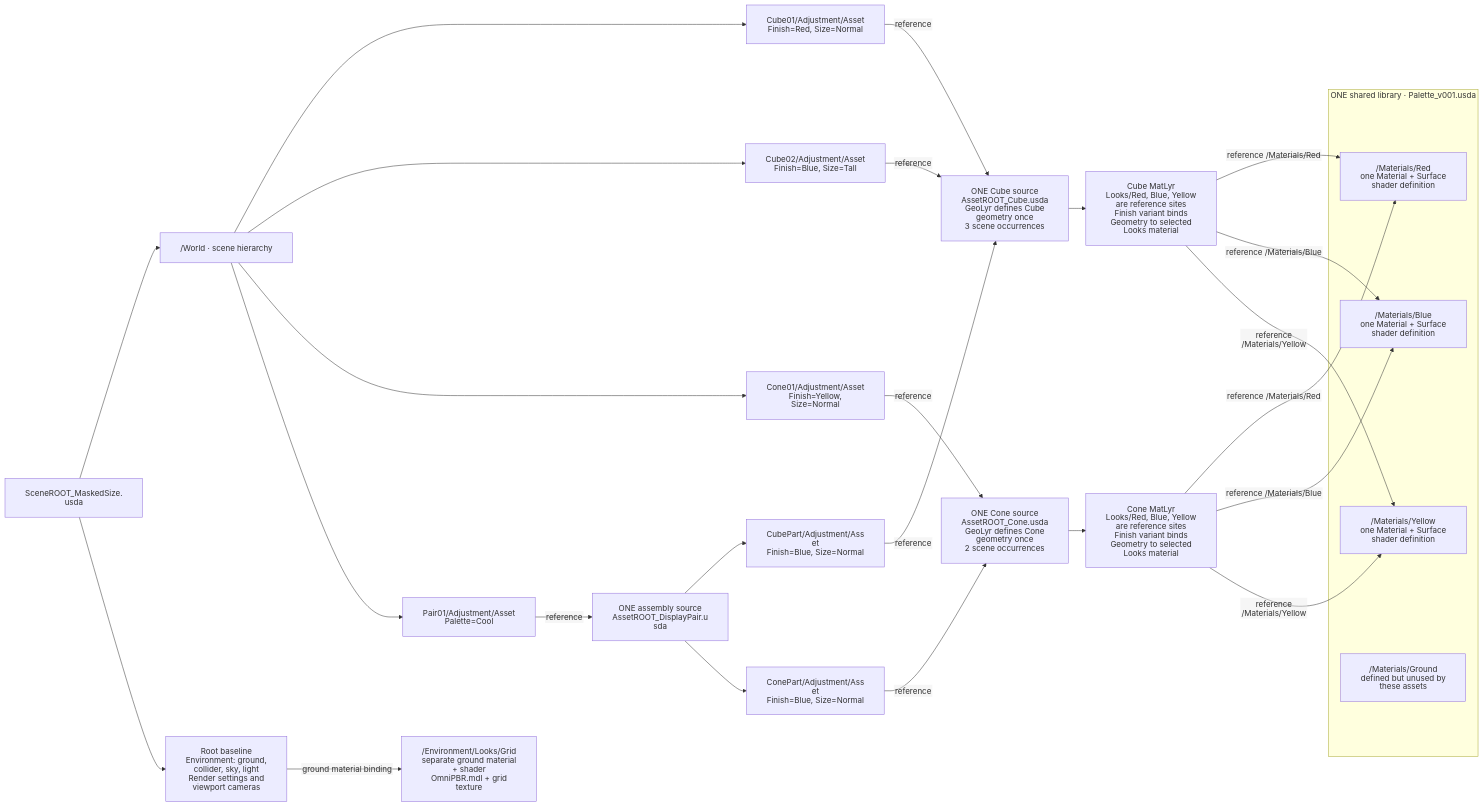
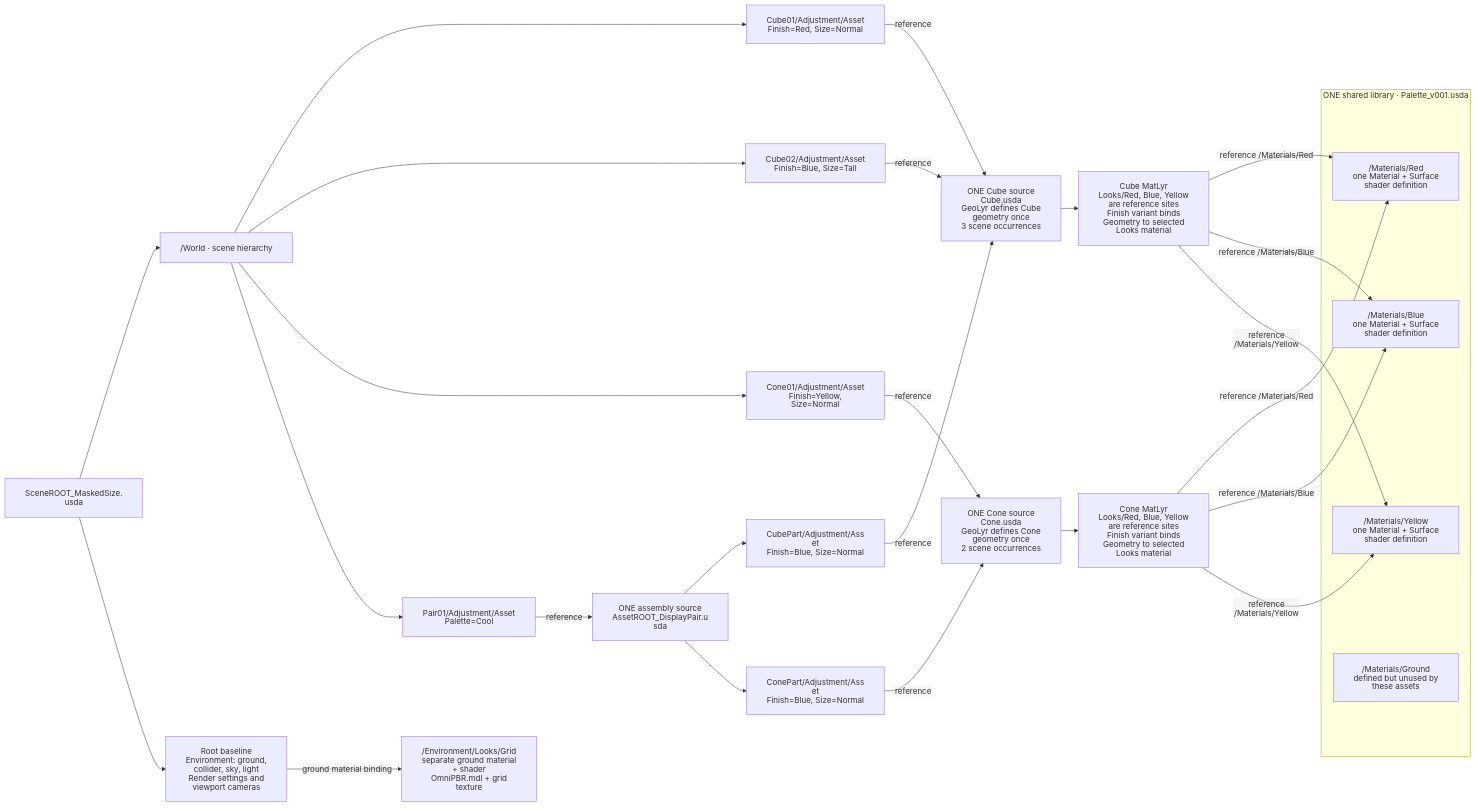
The diagram in examples/01_LayeredScene/diagrams/SceneROOT_MaskedSize_reuse.mmd (jph2/OpenUSD_GoodStart_CompositionContract), drawn with Mermaid before and after one commit. The commit also changed 46 other files, not shown here.

```diff
--- a/examples/01_LayeredScene/diagrams/SceneROOT_MaskedSize_reuse.mmd
+++ b/examples/01_LayeredScene/diagrams/SceneROOT_MaskedSize_reuse.mmd
@@ -1,46 +1,46 @@
 %%{init: {"htmlLabels": false, "themeVariables": {"fontFamily": "Arial, sans-serif"}, "flowchart": {"htmlLabels": false, "padding": 20, "nodeSpacing": 200, "rankSpacing": 35, "diagramPadding": 20}}}%%
 flowchart LR
     ROOT["SceneROOT_MaskedSize.usda"]
     WORLD["/World · scene hierarchy"]
     ROOT --> WORLD
     C1["Cube01/Adjustment/Asset<br/>Finish=Red, Size=Normal"]
     WORLD --> C1
     C1 -->|"reference"| CUBE
     C2["Cube02/Adjustment/Asset<br/>Finish=Blue, Size=Tall"]
     WORLD --> C2
     C2 -->|"reference"| CUBE
     N1["Cone01/Adjustment/Asset<br/>Finish=Yellow, Size=Normal"]
     WORLD --> N1
     N1 -->|"reference"| CONE
     P1["Pair01/Adjustment/Asset<br/>Palette=Cool"]
     WORLD --> P1
     P1 -->|"reference"| PAIR
     PAIR["ONE assembly source<br/>AssetROOT_DisplayPair.usda"]
     PC["CubePart/Adjustment/Asset<br/>Finish=Blue, Size=Normal"]
     PN["ConePart/Adjustment/Asset<br/>Finish=Blue, Size=Normal"]
     PAIR --> PC
     PAIR --> PN
     PC -->|"reference"| CUBE
     PN -->|"reference"| CONE
-    CUBE["ONE Cube source<br/>AssetROOT_Cube.usda<br/>GeoLyr defines Cube geometry once<br/>3 scene occurrences"]
-    CONE["ONE Cone source<br/>AssetROOT_Cone.usda<br/>GeoLyr defines Cone geometry once<br/>2 scene occurrences"]
+    CUBE["ONE Cube source<br/>Cube.usda<br/>GeoLyr defines Cube geometry once<br/>3 scene occurrences"]
+    CONE["ONE Cone source<br/>Cone.usda<br/>GeoLyr defines Cone geometry once<br/>2 scene occurrences"]
     CM["Cube MatLyr<br/>Looks/Red, Blue, Yellow are reference sites<br/>Finish variant binds Geometry to selected Looks material"]
     NM["Cone MatLyr<br/>Looks/Red, Blue, Yellow are reference sites<br/>Finish variant binds Geometry to selected Looks material"]
     CUBE --> CM
     CONE --> NM
     subgraph LIB["ONE shared library · Palette_v001.usda"]
         RED["/Materials/Red<br/>one Material + Surface shader definition"]
         BLUE["/Materials/Blue<br/>one Material + Surface shader definition"]
         YELLOW["/Materials/Yellow<br/>one Material + Surface shader definition"]
         GROUND["/Materials/Ground<br/>defined but unused by these assets"]
     end
     CM -->|"reference /Materials/Red"| RED
     CM -->|"reference /Materials/Blue"| BLUE
     CM -->|"reference /Materials/Yellow"| YELLOW
     NM -->|"reference /Materials/Red"| RED
     NM -->|"reference /Materials/Blue"| BLUE
     NM -->|"reference /Materials/Yellow"| YELLOW
     ENV["Root baseline<br/>Environment: ground, collider, sky, light<br/>Render settings and viewport cameras"]
     GRID["/Environment/Looks/Grid<br/>separate ground material + shader<br/>OmniPBR.mdl + grid texture"]
     ROOT --> ENV
     ENV -->|"ground material binding"| GRID
```
